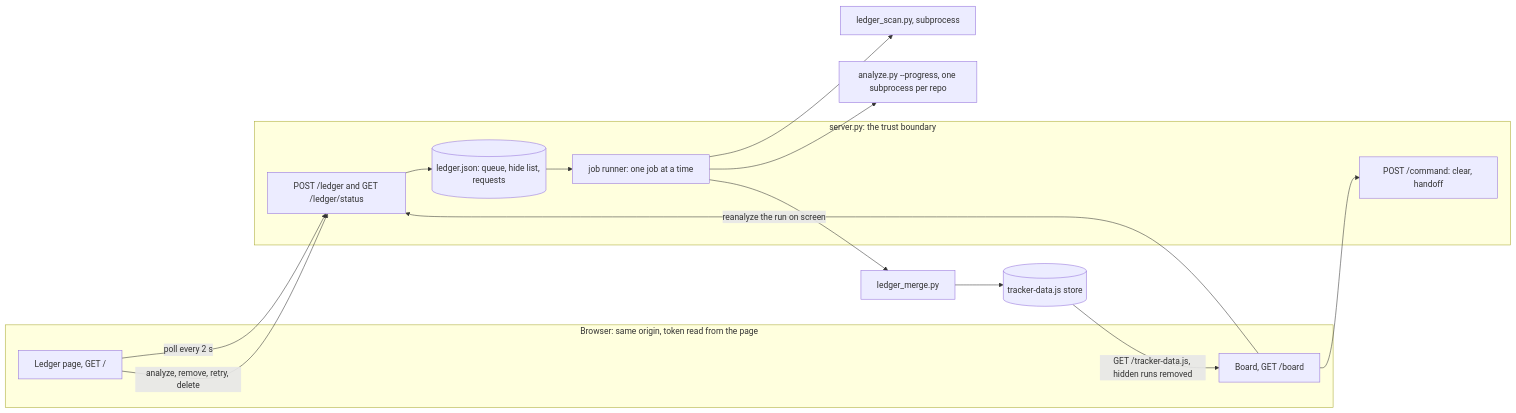
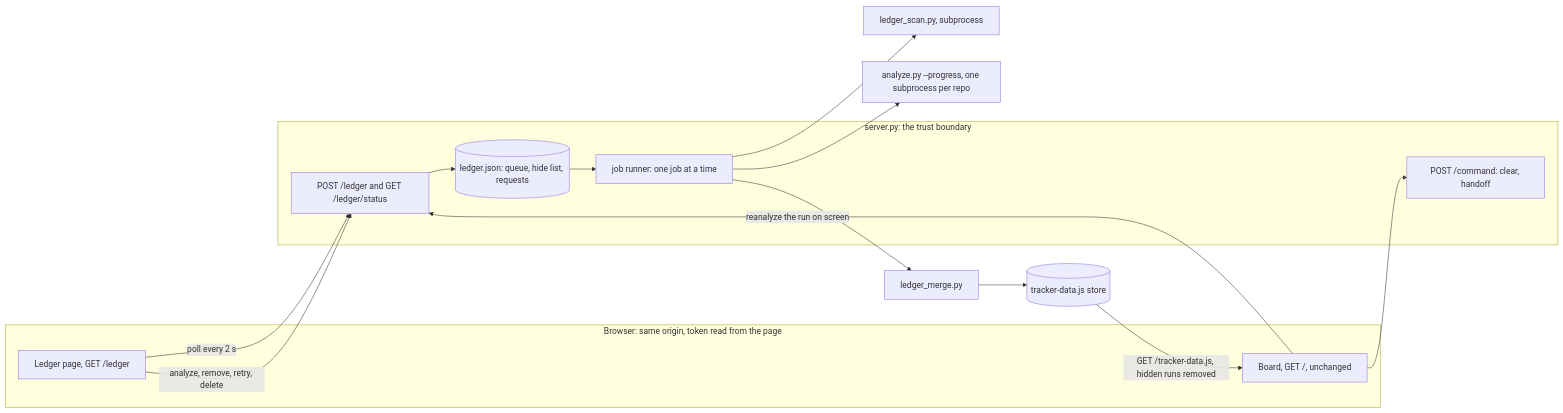
The first of 2 diagrams in docs/features/treko-ledger.spec.md (suyatdev/.claude), drawn with Mermaid before and after one commit. The commit also changed other lines of this file and 1 other file, not shown here.

First line of the commit message:
docs(treko-ledger): revise the spec for compliance round 2 and record D13-D15 (phase: planning)

````diff
--- a/docs/features/treko-ledger.spec.md
+++ b/docs/features/treko-ledger.spec.md
@@ -36,26 +42,26 @@
 ```mermaid
 flowchart LR
   subgraph browser["Browser: same origin, token read from the page"]
-    L["Ledger page, GET /"]
-    B["Board, GET /board"]
+    L["Ledger page, GET /ledger"]
+    B["Board, GET /, unchanged"]
   end
   subgraph srv["server.py: the trust boundary"]
     R["POST /ledger and GET /ledger/status"]
     C["POST /command: clear, handoff"]
     Q[("ledger.json: queue, hide list, requests")]
     J["job runner: one job at a time"]
   end
   S["ledger_scan.py, subprocess"]
   A["analyze.py --progress, one subprocess per repo"]
   M["ledger_merge.py"]
   T[("tracker-data.js store")]
   L -->|"poll every 2 s"| R
   L -->|"analyze, remove, retry, delete"| R
   B -->|"reanalyze the run on screen"| R
   B --> C
   R --> Q --> J
   J --> S
   J --> A
   J --> M --> T
   T -->|"GET /tracker-data.js, hidden runs removed"| B
 ```
````
